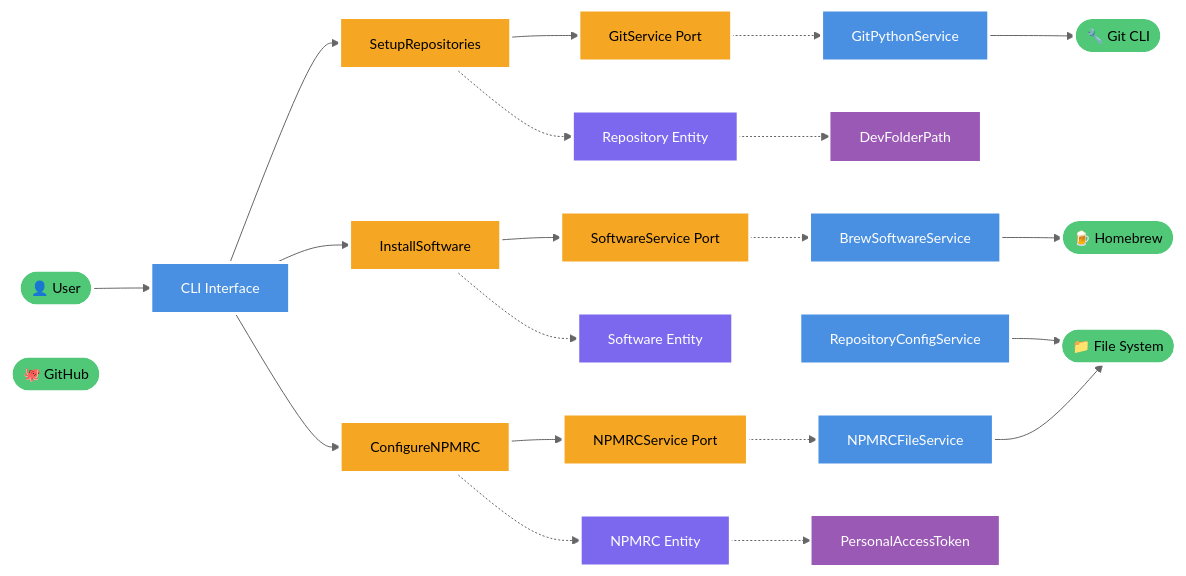
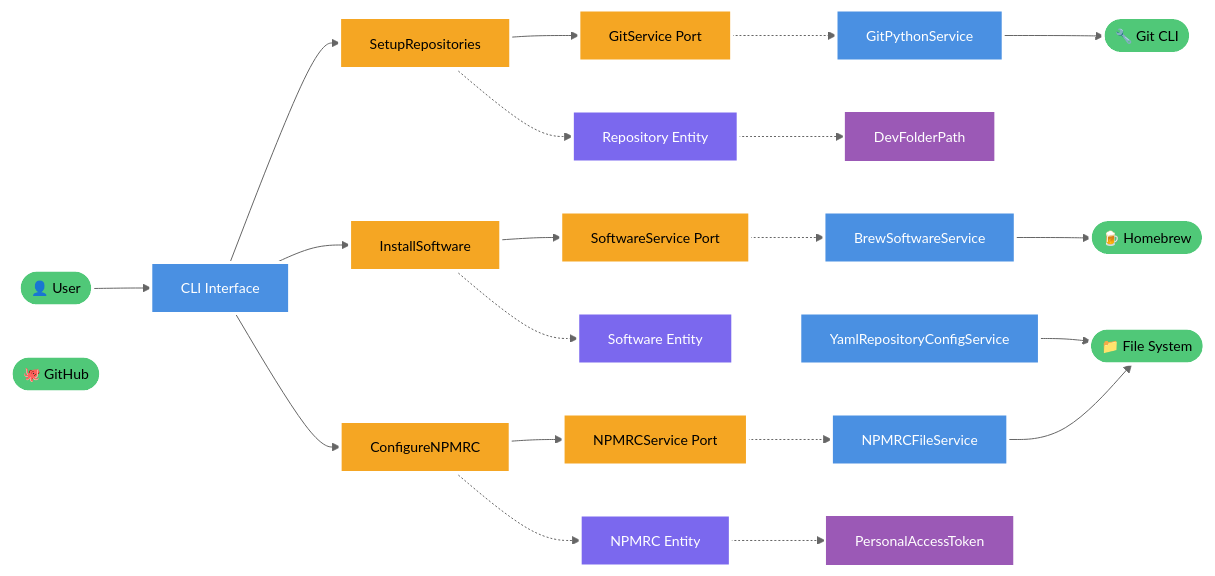
Before and after one commit to vfarah-if/PythonCodeExercise: the diagram in docs/architecture/CLEAN_ARCHITECTURE_VISUAL.md, drawn with Mermaid. The commit also changed other lines of this file and 10 other files, not shown here.

Commit message:
Now has complete interface compliance across all service layers Every service properly implements an interface from the Application Clean Architecture patterns now cleaned up

````diff
--- a/docs/architecture/CLEAN_ARCHITECTURE_VISUAL.md
+++ b/docs/architecture/CLEAN_ARCHITECTURE_VISUAL.md
@@ -43,72 +43,72 @@
 ```mermaid
 %%{init: {'theme':'base', 'themeVariables': { 'primaryColor': '#f9f9f9', 'primaryTextColor': '#000', 'primaryBorderColor': '#333', 'lineColor': '#666', 'fontSize': '14px'}}}%%
 
 graph LR
     %% External Systems (outermost ring)
     User([👤 User])
     Git([🔧 Git CLI])
     Homebrew([🍺 Homebrew])
     Files([📁 File System])
     GitHub([🐙 GitHub])
     
     %% Infrastructure Layer (outer ring)
     CLI[CLI Interface]
     GitSvc[GitPythonService]
     BrewSvc[BrewSoftwareService]
     NPMSvc[NPMRCFileService]
-    ConfigSvc[RepositoryConfigService]
+    ConfigSvc[YamlRepositoryConfigService]
     
     %% Application Layer (middle ring)
     SetupUC[SetupRepositories]
     InstallUC[InstallSoftware]
     NPMrcUC[ConfigureNPMRC]
     GitPort[GitService Port]
     SwPort[SoftwareService Port]
     NPMPort[NPMRCService Port]
     
     %% Domain Layer (inner ring)
     RepoEntity[Repository Entity]
     SwEntity[Software Entity]
     NPMEntity[NPMRC Entity]
     PathVO[DevFolderPath]
     TokenVO[PersonalAccessToken]
     
     %% Connections - Dependencies flow inward
     User --> CLI
     CLI --> SetupUC
     CLI --> InstallUC
     CLI --> NPMrcUC
     
     SetupUC --> GitPort
     InstallUC --> SwPort
     NPMrcUC --> NPMPort
     
     GitPort -.-> GitSvc
     SwPort -.-> BrewSvc
     NPMPort -.-> NPMSvc
     
     GitSvc --> Git
     BrewSvc --> Homebrew
     NPMSvc --> Files
     ConfigSvc --> Files
     
     SetupUC -.-> RepoEntity
     InstallUC -.-> SwEntity
     NPMrcUC -.-> NPMEntity
     
     RepoEntity -.-> PathVO
     NPMEntity -.-> TokenVO
     
     %% Styling for circular appearance
     classDef external fill:#50C878,stroke:#fff,stroke-width:3px,color:#000
     classDef infrastructure fill:#4A90E2,stroke:#fff,stroke-width:3px,color:#fff
     classDef application fill:#F5A623,stroke:#fff,stroke-width:3px,color:#000
     classDef domain fill:#7B68EE,stroke:#fff,stroke-width:3px,color:#fff
     classDef entity fill:#9B59B6,stroke:#fff,stroke-width:2px,color:#fff
     
     class User,Git,Homebrew,Files,GitHub external
     class CLI,GitSvc,BrewSvc,NPMSvc,ConfigSvc infrastructure
     class SetupUC,InstallUC,NPMrcUC,GitPort,SwPort,NPMPort application
     class RepoEntity,SwEntity,NPMEntity domain
     class PathVO,TokenVO entity
 ```
````
